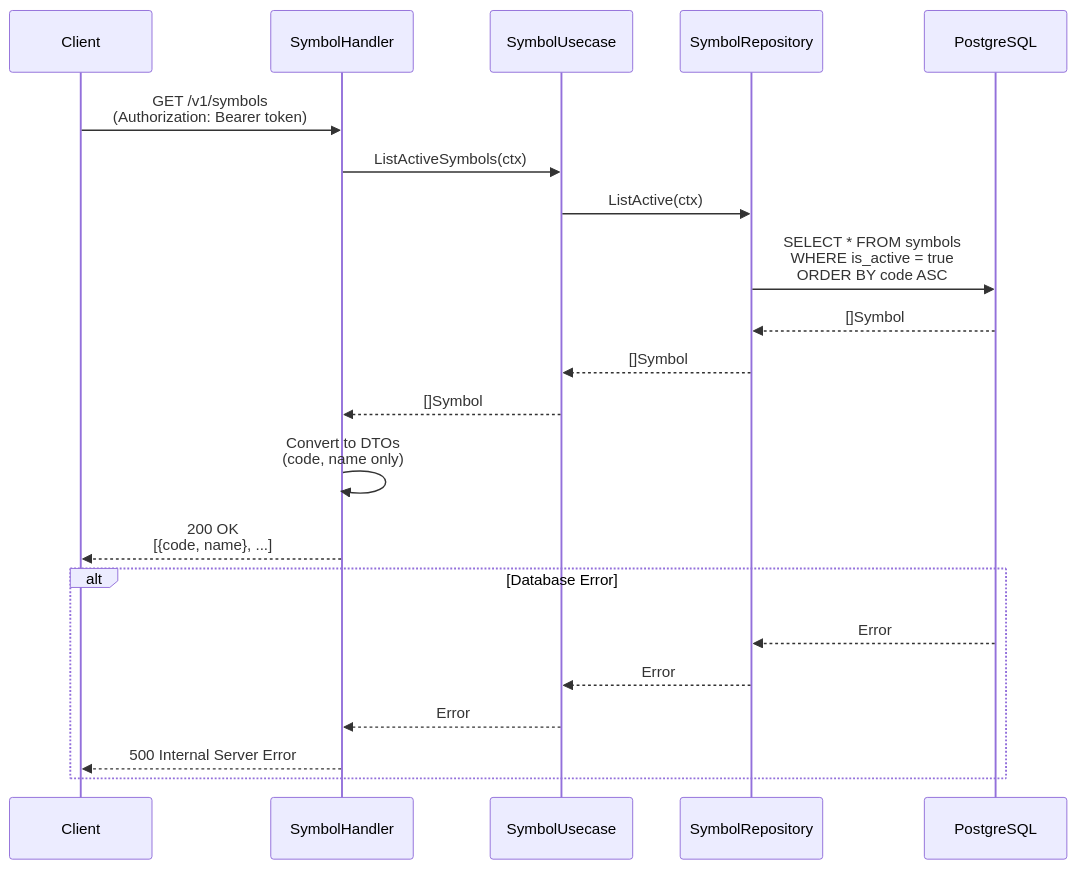
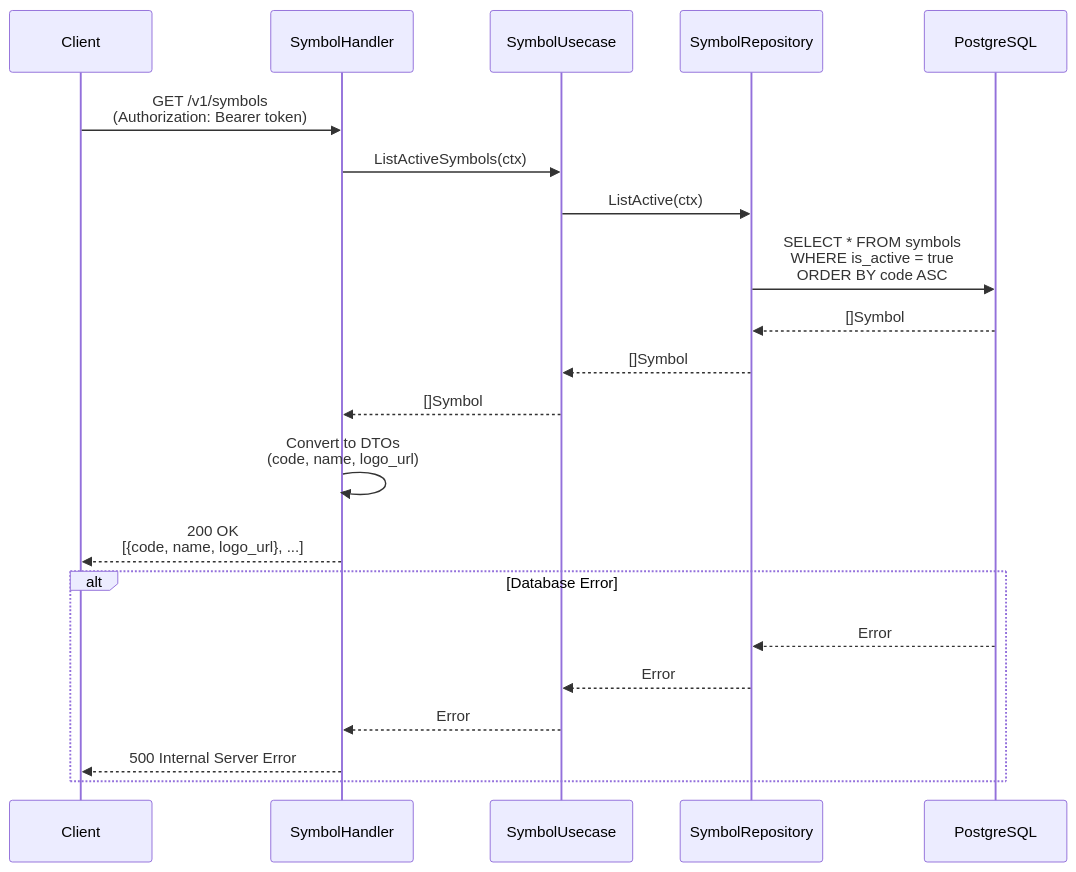
One commit to UCHIDAnobuhiro/stock_backend changed the first of 2 diagrams in internal/feature/symbollist/README.md. Above: the diagram before and after it, drawn with Mermaid. The commit also changed other lines of this file and 2 other files, not shown here.

````diff
--- a/internal/feature/symbollist/README.md
+++ b/internal/feature/symbollist/README.md
@@ -17,25 +18,25 @@
 ```mermaid
 sequenceDiagram
     participant Client
     participant Handler as SymbolHandler
     participant Usecase as SymbolUsecase
     participant Repository as SymbolRepository
     participant DB as PostgreSQL
 
     Client->>Handler: GET /v1/symbols<br/>(Authorization: Bearer token)
     Handler->>Usecase: ListActiveSymbols(ctx)
     Usecase->>Repository: ListActive(ctx)
     Repository->>DB: SELECT * FROM symbols<br/>WHERE is_active = true<br/>ORDER BY code ASC
     DB-->>Repository: []Symbol
     Repository-->>Usecase: []Symbol
     Usecase-->>Handler: []Symbol
-    Handler->>Handler: Convert to DTOs<br/>(code, name only)
-    Handler-->>Client: 200 OK<br/>[{code, name}, ...]
+    Handler->>Handler: Convert to DTOs<br/>(code, name, logo_url)
+    Handler-->>Client: 200 OK<br/>[{code, name, logo_url}, ...]
 
     alt Database Error
         DB-->>Repository: Error
         Repository-->>Usecase: Error
         Usecase-->>Handler: Error
         Handler-->>Client: 500 Internal Server Error
     end
 ```
````
